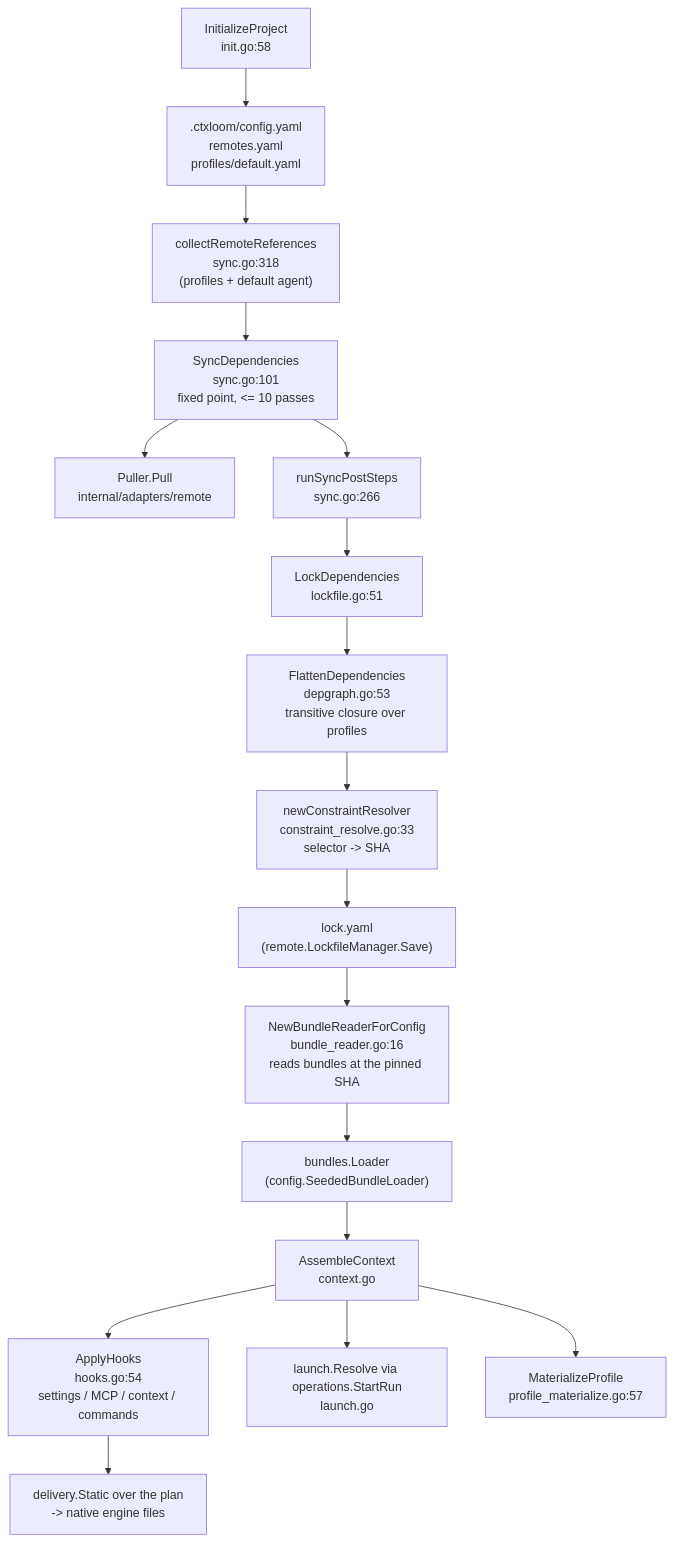
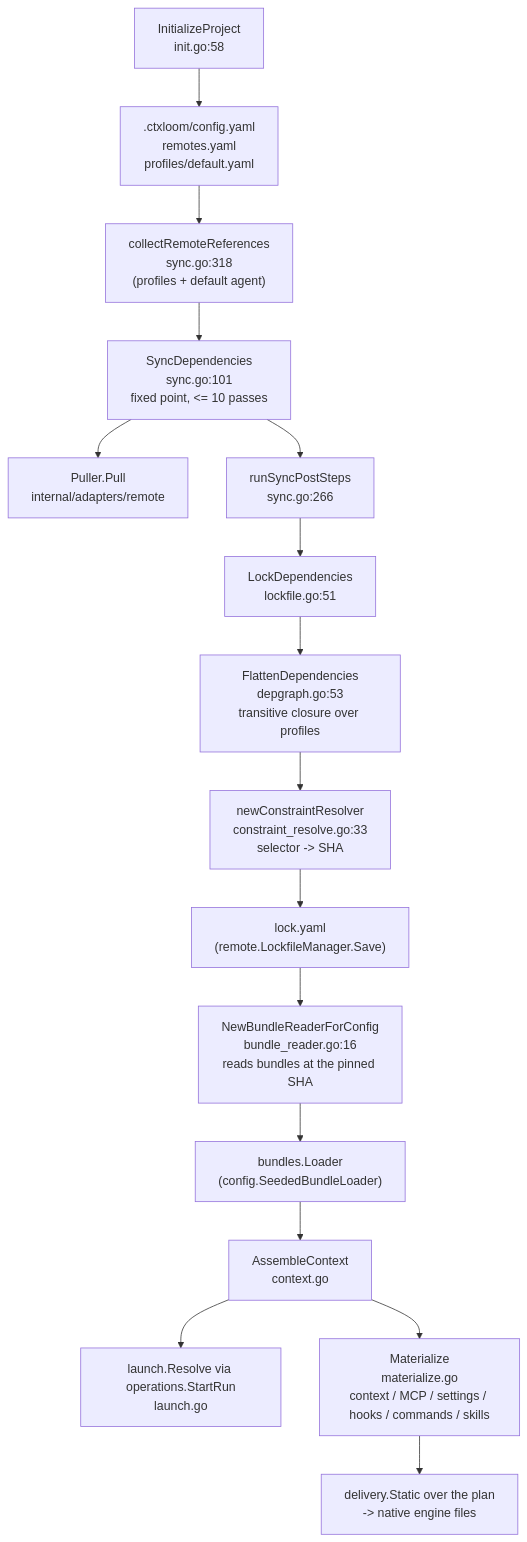
Before and after one commit to ctxloom/ctxloom: the first of 2 diagrams in docs/architecture/core/operations.md, drawn with Mermaid. The commit also changed other lines of this file and 141 other files, not shown here.

First line of the commit message:
matdelete: ctxloom materialize is the one at-rest delivery

````diff
--- a/docs/architecture/core/operations.md
+++ b/docs/architecture/core/operations.md
@@ -47,24 +48,23 @@
 ```mermaid
 flowchart TD
     INIT["InitializeProject<br/>init.go:58"] --> CFG[".ctxloom/config.yaml<br/>remotes.yaml<br/>profiles/default.yaml"]
 
     CFG --> COLLECT["collectRemoteReferences<br/>sync.go:318<br/>(profiles + default agent)"]
     COLLECT --> SYNC["SyncDependencies<br/>sync.go:101<br/>fixed point, <= 10 passes"]
     SYNC --> PULL["Puller.Pull<br/>internal/adapters/remote"]
     SYNC --> POST["runSyncPostSteps<br/>sync.go:266"]
 
     POST --> LOCKSTEP["LockDependencies<br/>lockfile.go:51"]
     LOCKSTEP --> FLAT["FlattenDependencies<br/>depgraph.go:53<br/>transitive closure over profiles"]
     FLAT --> CONSTRAINT["newConstraintResolver<br/>constraint_resolve.go:33<br/>selector -> SHA"]
     CONSTRAINT --> LOCK["lock.yaml<br/>(remote.LockfileManager.Save)"]
 
     LOCK --> READER["NewBundleReaderForConfig<br/>bundle_reader.go:16<br/>reads bundles at the pinned SHA"]
     READER --> LOADER["bundles.Loader<br/>(config.SeededBundleLoader)"]
 
     LOADER --> ASM["AssembleContext<br/>context.go"]
 
-    ASM --> APPLY["ApplyHooks<br/>hooks.go:54<br/>settings / MCP / context / commands"]
     ASM --> RUN["launch.Resolve via operations.StartRun<br/>launch.go"]
-    ASM --> MAT["MaterializeProfile<br/>profile_materialize.go:57"]
-    APPLY --> SURF["delivery.Static over the plan<br/>-> native engine files"]
+    ASM --> MAT["Materialize<br/>materialize.go<br/>context / MCP / settings / hooks / commands / skills"]
+    MAT --> SURF["delivery.Static over the plan<br/>-> native engine files"]
 ```
````
